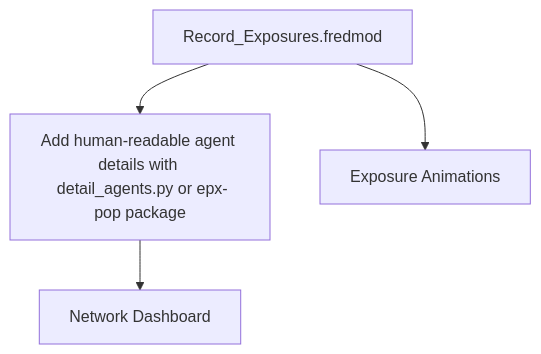
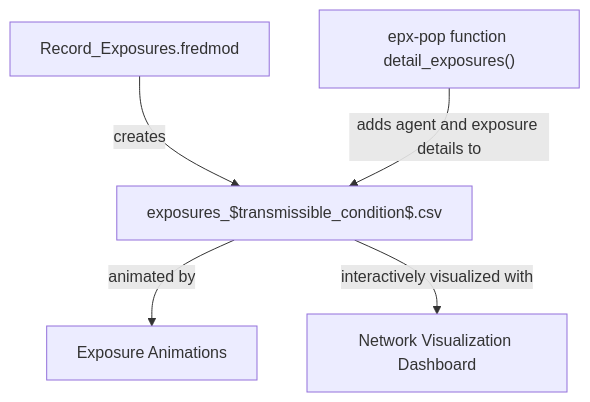
One commit to Epistemix-com/Network-Visualization-Dashboard changed the diagram in README.md. Above: the diagram before and after it, drawn with Mermaid. The commit also changed other lines of this file, not shown here.

````diff
--- a/README.md
+++ b/README.md
@@ -4,8 +4,7 @@
 ```mermaid
 graph TD;
-  A["Record_Exposures.fredmod
-"] --> B["Add human-readable agent details with \n detail_agents.py or epx-pop package"]
-;
-  A-->C["Exposure Animations"];
-  B-->D["Network Dashboard"];
+  A["Record_Exposures.fredmod"] -- creates --> B["exposures_$transmissible_condition$.csv"];
+  C["epx-pop function detail_exposures()"]-- adds agent and exposure details to -->B;
+  B-- animated by -->D["Exposure Animations"];
+  B-- interactively visualized with -->E["Network Visualization Dashboard"];
 ```
````
